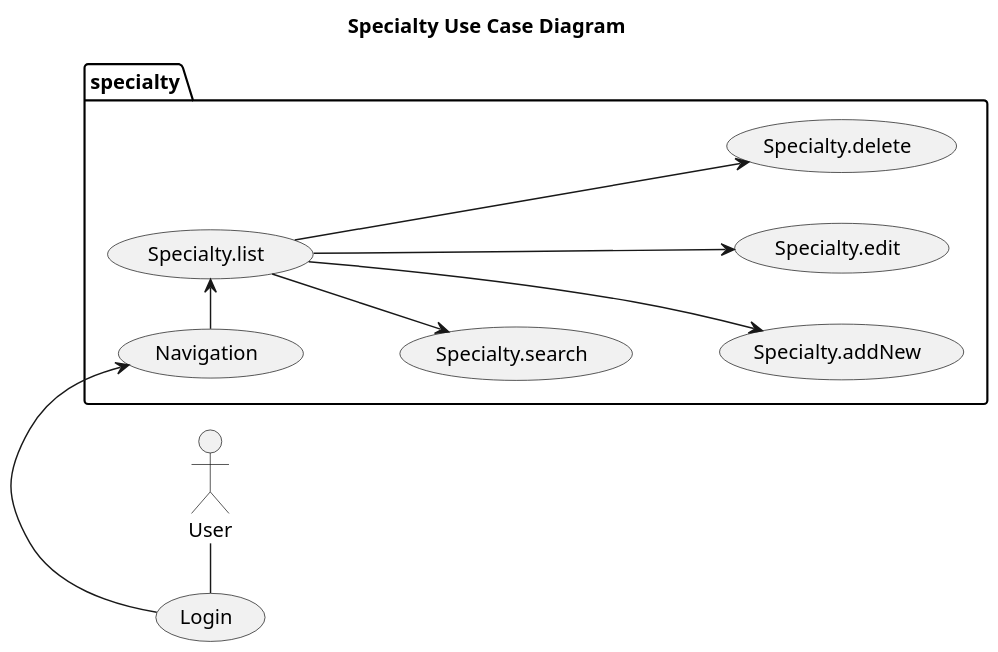
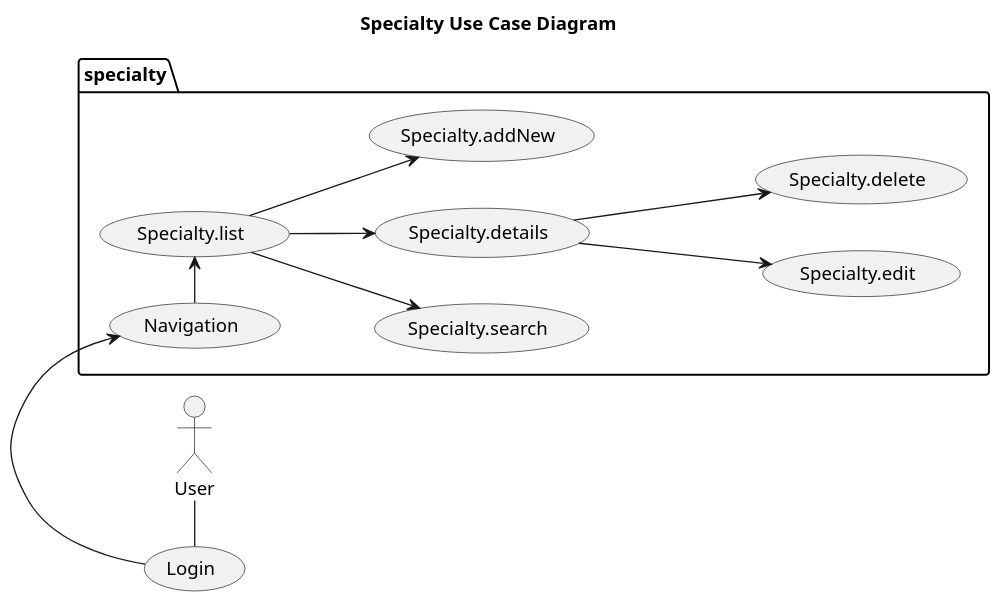
One commit to Jakarta-EE-Petclinic/petclinic-uml changed the diagram in puml/vet/concept/Specialty__UseCase.puml. Above: the diagram before and after it, drawn with PlantUML. The commit also changed 6 other files, not shown here.

```diff
--- a/puml/vet/concept/Specialty__UseCase.puml
+++ b/puml/vet/concept/Specialty__UseCase.puml
@@ -1,21 +1,22 @@
 @startuml
 
 title Specialty Use Case Diagram
 
 'https://plantuml.com/use-case-diagram
 
 left to right direction
 'top to bottom direction
 
 scale 1000 width
 
 User - (Login)
 package specialty {
     (Login) -> (Navigation)
     (Navigation) -> (Specialty.list)
     (Specialty.list) --> (Specialty.search)
-    (Specialty.list) ---> (Specialty.addNew)
-    (Specialty.list) ---> (Specialty.edit)
-    (Specialty.list) ---> (Specialty.delete)
+    (Specialty.list) --> (Specialty.details)
+    (Specialty.list) --> (Specialty.addNew)
+    (Specialty.details) ---> (Specialty.edit)
+    (Specialty.details) ---> (Specialty.delete)
 }
 @enduml
```
